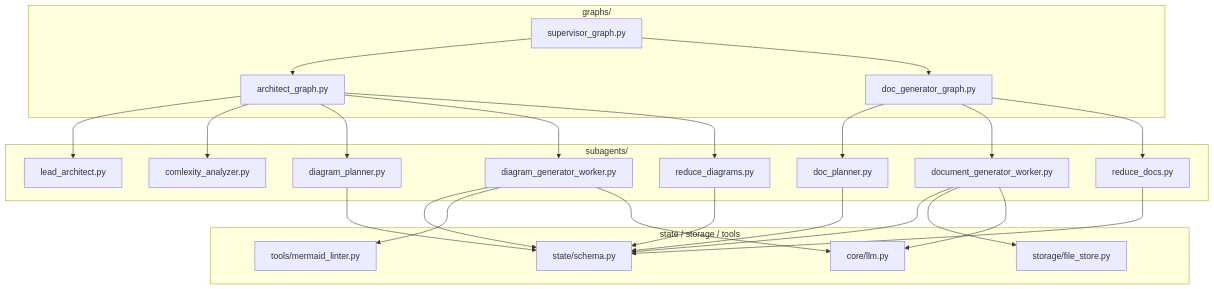
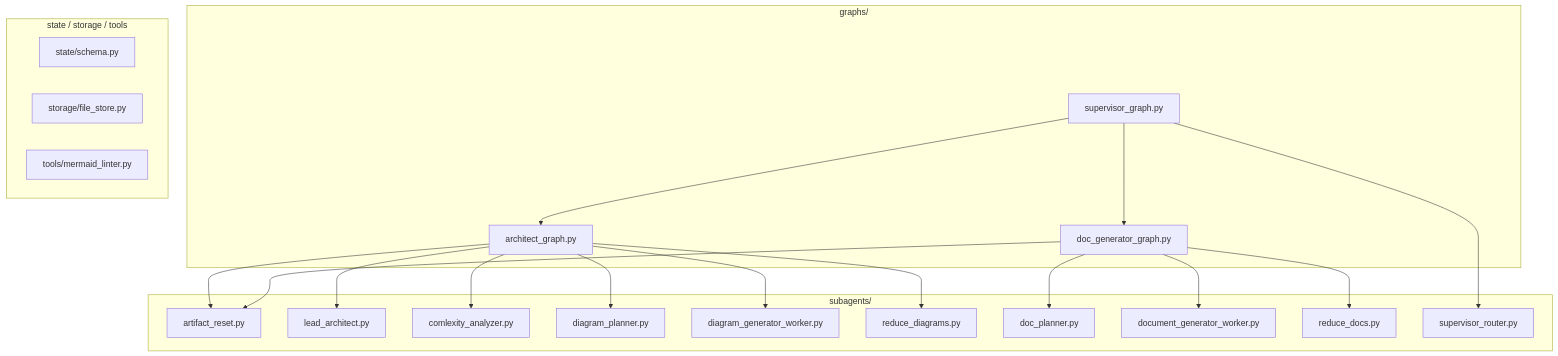
Before and after one commit to ahsanfarooq210/ai-saas-genius: the fifth of 5 diagrams in ai-backend/docs/flows/swarm-graph-overview.md, drawn with Mermaid. The commit also changed other lines of this file and 15 other files, not shown here.

First line of the commit message:
Enhance documentation and state management for swarm graph architecture

````diff
--- a/ai-backend/docs/flows/swarm-graph-overview.md
+++ b/ai-backend/docs/flows/swarm-graph-overview.md
@@ -304,47 +215,38 @@
 ```mermaid
 flowchart TB
-    subgraph graphs["graphs/"]
-        sup[supervisor_graph.py]
-        arch[architect_graph.py]
-        doc[doc_generator_graph.py]
-    end
-
-    subgraph subagents["subagents/"]
-        la[lead_architect.py]
-        ca[comlexity_analyzer.py]
-        dp[diagram_planner.py]
-        dg[diagram_generator_worker.py]
-        rd[reduce_diagrams.py]
-        dpl[doc_planner.py]
-        dgw[document_generator_worker.py]
-        rdoc[reduce_docs.py]
-    end
-
-    subgraph other["state / storage / tools"]
-        schema[state/schema.py]
-        fs[storage/file_store.py]
-        lint[tools/mermaid_linter.py]
-        llm[core/llm.py]
-    end
-
-    sup --> arch
-    sup --> doc
-    arch --> la
-    arch --> ca
-    arch --> dp
-    arch --> dg
-    arch --> rd
-    doc --> dpl
-    doc --> dgw
-    doc --> rdoc
-    dp --> schema
-    dg --> schema
-    dg --> lint
-    dg --> llm
-    dpl --> schema
-    dgw --> schema
-    dgw --> fs
-    dgw --> llm
-    rdoc --> schema
-    rd --> schema
+  subgraph graphs["graphs/"]
+    sup[supervisor_graph.py]
+    arch[architect_graph.py]
+    doc[doc_generator_graph.py]
+  end
+  subgraph subagents["subagents/"]
+    prep[artifact_reset.py]
+    la[lead_architect.py]
+    ca[comlexity_analyzer.py]
+    dp[diagram_planner.py]
+    dg[diagram_generator_worker.py]
+    rd[reduce_diagrams.py]
+    dpl[doc_planner.py]
+    dgw[document_generator_worker.py]
+    rdoc[reduce_docs.py]
+    supr[supervisor_router.py]
+  end
+  subgraph other["state / storage / tools"]
+    schema[state/schema.py]
+    fs[storage/file_store.py]
+    lint[tools/mermaid_linter.py]
+  end
+  sup --> arch
+  sup --> doc
+  arch --> prep
+  arch --> la
+  arch --> ca
+  arch --> dp
+  arch --> dg
+  arch --> rd
+  doc --> prep
+  doc --> dpl
+  doc --> dgw
+  doc --> rdoc
+  sup --> supr
 ```
````
